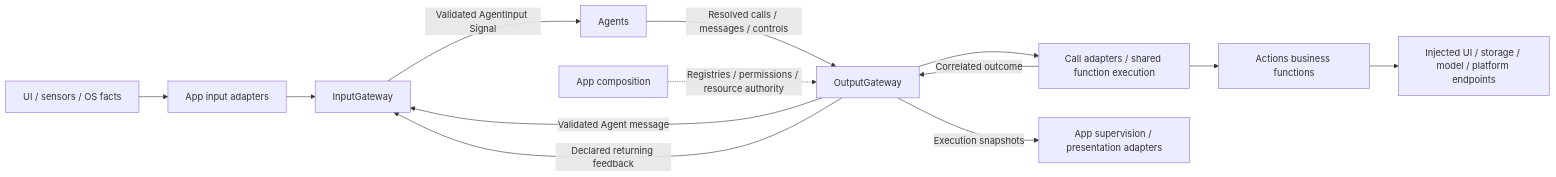
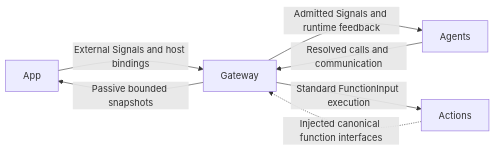
One commit to devilyouwei/MobileHarness changed the first of 2 diagrams in MobileHarness/Gateway/README.md. Above: the diagram before and after it, drawn with Mermaid. The commit also changed other lines of this file and 116 other files, not shown here.

````diff
--- a/MobileHarness/Gateway/README.md
+++ b/MobileHarness/Gateway/README.md
@@ -11,15 +15,9 @@
 ```mermaid
 flowchart LR
-    External[UI / sensors / OS facts] --> Adapters[App input adapters]
-    Adapters --> Input[InputGateway]
-    Input -->|Validated AgentInput Signal| Agents
-    Agents -->|Resolved calls / messages / controls| Output[OutputGateway]
-    App[App composition] -.->|Registries / permissions / resource authority| Output
-    Output -->|Validated Agent message| Input
-    Output --> Runtime[Call adapters / shared function execution]
-    Runtime --> Functions[Actions business functions]
-    Functions --> Capabilities[Injected UI / storage / model / platform endpoints]
-    Runtime -->|Correlated outcome| Output
-    Output -->|Declared returning feedback| Input
-    Output -->|Execution snapshots| Observers[App supervision / presentation adapters]
+ App -->|External Signals and host bindings| Gateway
+ Gateway -->|Admitted Signals and runtime feedback| Agents
+ Agents -->|Resolved calls and communication| Gateway
+ Actions -.->|Injected canonical function interfaces| Gateway
+ Gateway -->|Standard FunctionInput execution| Actions
+ Gateway -->|Passive bounded snapshots| App
 ```
````
